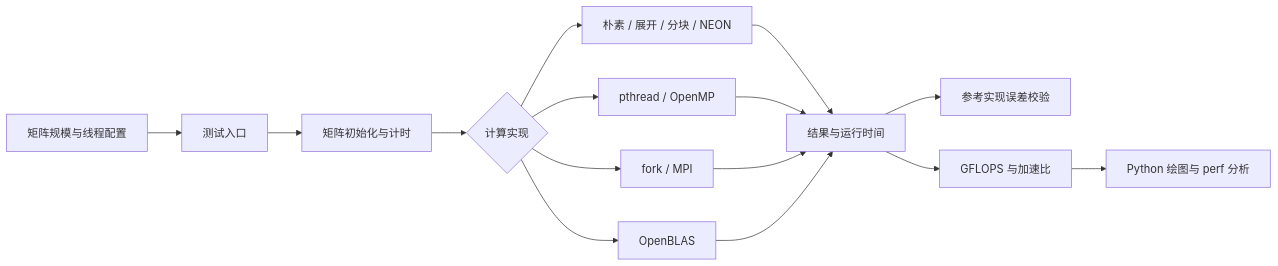
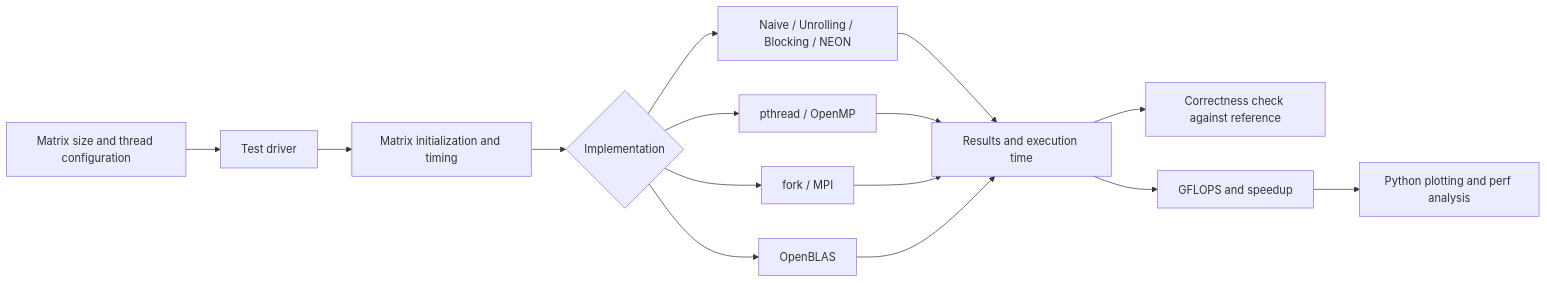
One commit to iiChole/High-Performance-Computing- changed the first of 2 diagrams in README.md. Above: the diagram before and after it, drawn with Mermaid. The commit also changed other lines of this file and 1 other file, not shown here.

````diff
--- a/README.md
+++ b/README.md
@@ -52,17 +54,17 @@
 ```mermaid
 flowchart LR
-    A[矩阵规模与线程配置] --> B[测试入口]
-    B --> C[矩阵初始化与计时]
-    C --> D{计算实现}
-    D --> E[朴素 / 展开 / 分块 / NEON]
+    A[Matrix size and thread configuration] --> B[Test driver]
+    B --> C[Matrix initialization and timing]
+    C --> D{Implementation}
+    D --> E[Naive / Unrolling / Blocking / NEON]
     D --> F[pthread / OpenMP]
     D --> G[fork / MPI]
     D --> H[OpenBLAS]
-    E --> I[结果与运行时间]
+    E --> I[Results and execution time]
     F --> I
     G --> I
     H --> I
-    I --> J[参考实现误差校验]
-    I --> K[GFLOPS 与加速比]
-    K --> L[Python 绘图与 perf 分析]
+    I --> J[Correctness check against reference]
+    I --> K[GFLOPS and speedup]
+    K --> L[Python plotting and perf analysis]
 ```
````
